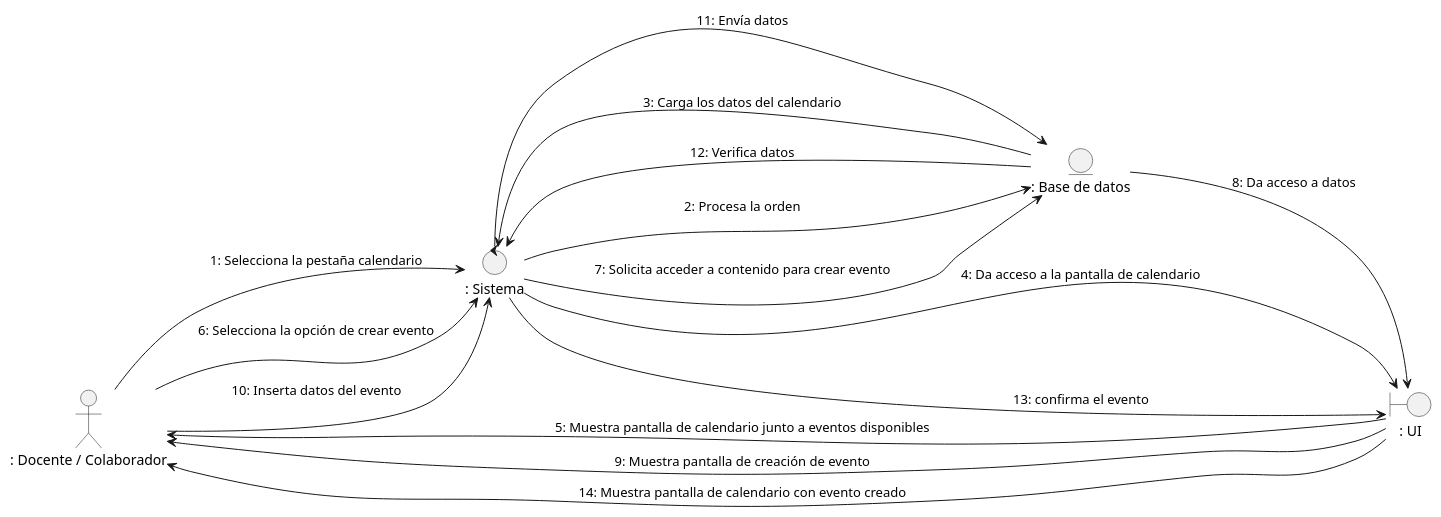
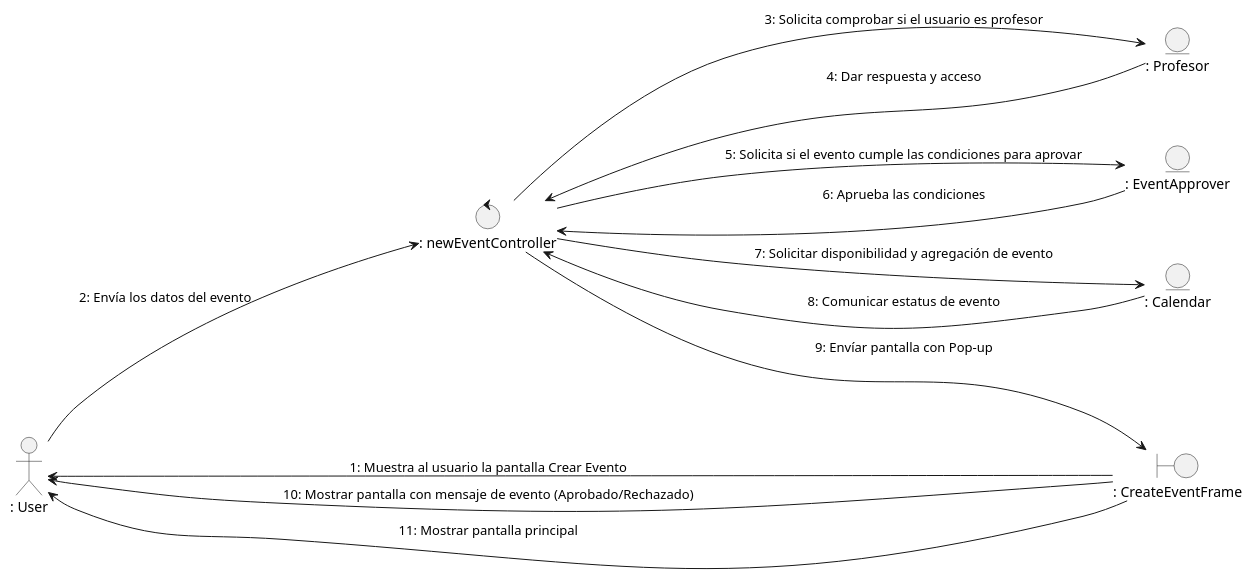
The diagram in docs/logicalView/analysisView/usecaseAnalysis/collaborationDiagram/PlantUML/uc4_createEvent.plantuml (Danfloca02/ProyectoFacUpdate), drawn with PlantUML before and after one commit. The commit also changed 7 other files, not shown here.

Commit message:
Collaboration diagrams update

```diff
--- a/docs/logicalView/analysisView/usecaseAnalysis/collaborationDiagram/PlantUML/uc4_createEvent.plantuml
+++ b/docs/logicalView/analysisView/usecaseAnalysis/collaborationDiagram/PlantUML/uc4_createEvent.plantuml
@@ -1,25 +1,24 @@
 @startuml uc4_createEvent
 
 left to right direction
 
-actor ": Docente / Colaborador" as user
-boundary ": UI" as vis
-entity ": Base de datos" as mod
-control ": Sistema" as con
+actor ": User" as user
+boundary ": CreateEventFrame" as vis
+entity ": Profesor" as mod
+entity ": EventApprover" as ea
+entity ": Calendar" as cal
+control ": newEventController" as con
 
-user --> con : 1: Selecciona la pestaña calendario
-con --> mod : 2: Procesa la orden
-mod --> con : 3: Carga los datos del calendario
-con --> vis : 4: Da acceso a la pantalla de calendario
-vis --> user : 5: Muestra pantalla de calendario junto a eventos disponibles
-user --> con : 6: Selecciona la opción de crear evento
-con --> mod : 7: Solicita acceder a contenido para crear evento
-mod --> vis : 8: Da acceso a datos
-vis --> user : 9: Muestra pantalla de creación de evento
-user --> con : 10: Inserta datos del evento
-con --> mod : 11: Envía datos
-mod --> con : 12: Verifica datos
-con --> vis : 13: confirma el evento
-vis --> user : 14: Muestra pantalla de calendario con evento creado
+vis --> user : 1: Muestra al usuario la pantalla Crear Evento
+user --> con : 2: Envía los datos del evento
+con --> mod : 3: Solicita comprobar si el usuario es profesor
+mod --> con : 4: Dar respuesta y acceso
+con --> ea : 5: Solicita si el evento cumple las condiciones para aprovar
+ea --> con : 6: Aprueba las condiciones
+con --> cal : 7: Solicitar disponibilidad y agregación de evento
+cal --> con : 8: Comunicar estatus de evento
+con --> vis : 9: Envíar pantalla con Pop-up
+vis --> user : 10: Mostrar pantalla con mensaje de evento (Aprobado/Rechazado)
+vis --> user : 11: Mostrar pantalla principal
 
 @enduml
```
